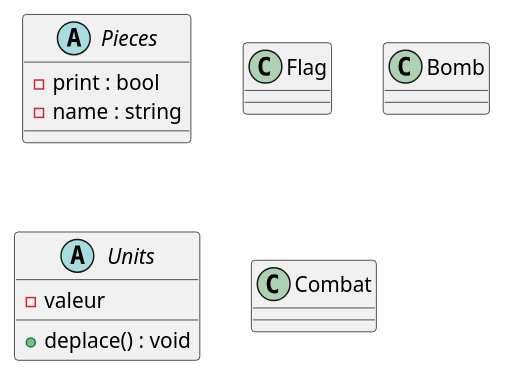
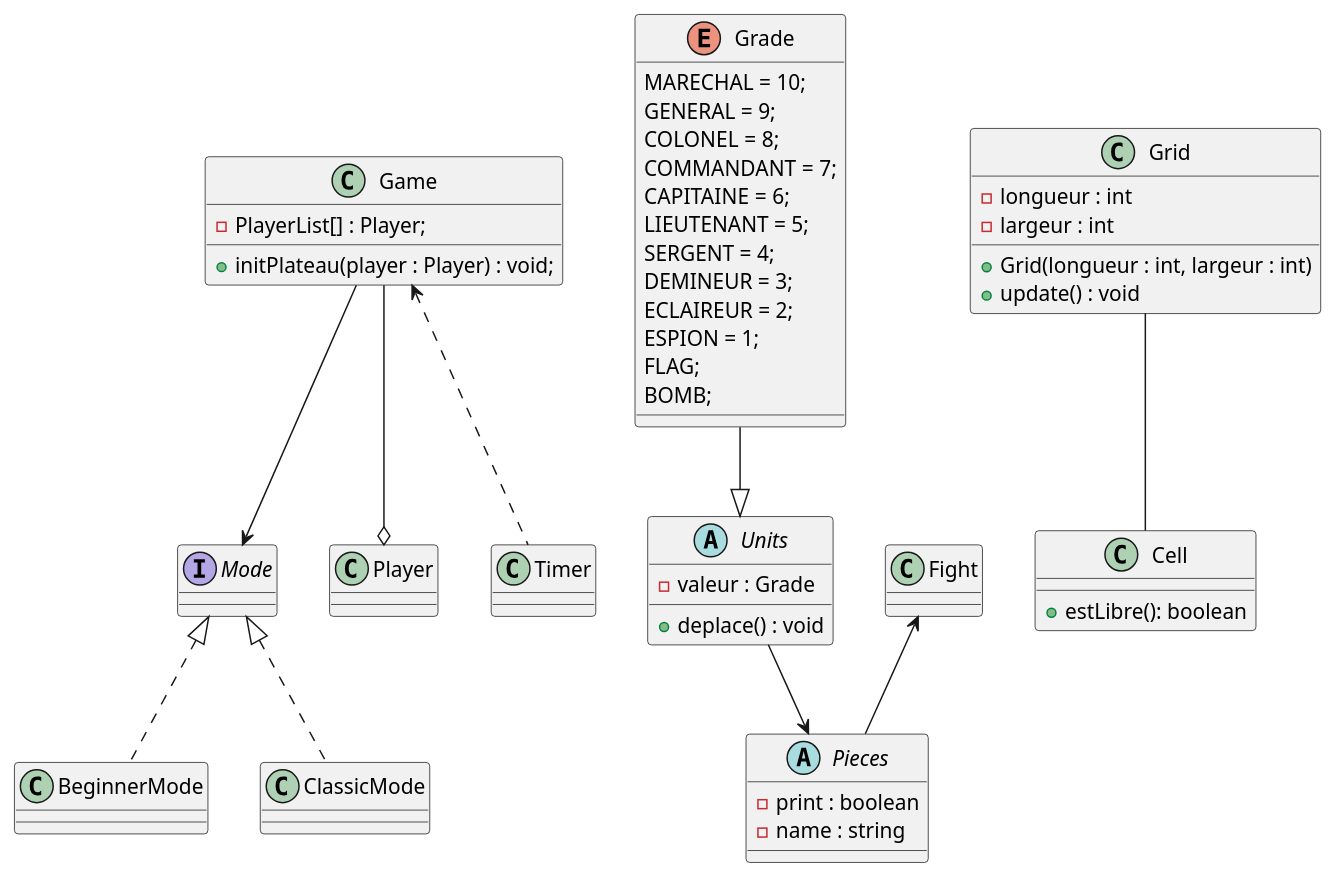
One commit to Gunder56/stratego changed the diagram in Side_documents/diagramme_de_classe.puml. Above: the diagram before and after it, drawn with PlantUML.

Commit message:
Diagramme de Classe

```diff
--- a/Side_documents/diagramme_de_classe.puml
+++ b/Side_documents/diagramme_de_classe.puml
@@ -1,27 +1,82 @@
 @startuml class 
 
 abstract Pieces {
-    - print : bool 
+    - print : boolean
     - name : string 
 }
 
-class Flag {
+abstract Units {
+    - valeur : Grade
+    + deplace() : void
+}
+
+enum Grade {
+    MARECHAL = 10;
+    GENERAL = 9;
+    COLONEL = 8;
+    COMMANDANT = 7;
+    CAPITAINE = 6;
+    LIEUTENANT = 5;
+    SERGENT = 4;
+    DEMINEUR = 3;
+    ECLAIREUR = 2; 
+    ESPION = 1; 
+    FLAG;
+    BOMB;
+}
+
+
+class Fight {
 
 }
 
-class Bomb {
+class Player {
 
 }
 
-abstract Units {
-    - valeur
-    + deplace() : void
+class Game {
+    - PlayerList[] : Player;
+    + initPlateau(player : Player) : void;
 }
 
-class Combat {
+interface Mode {
 
 }
 
+class BeginnerMode {
 
+}
+
+class ClassicMode {
+
+}
+
+class Timer {
+
+}
+
+class Cell {
+    + estLibre(): boolean 
+}
+
+class Grid {
+    - longueur : int
+    - largeur : int 
+    + Grid(longueur : int, largeur : int)
+    + update() : void
+}
+
+Units --> Pieces
+Fight <-- Pieces
+
+Game <.. Timer
+Game --> Mode
+Game --o Player
+BeginnerMode .up.|> Mode  
+ClassicMode .up.|> Mode
+
+Grid -- Cell
+
+Grade --|> Units
 
 @enduml
```
